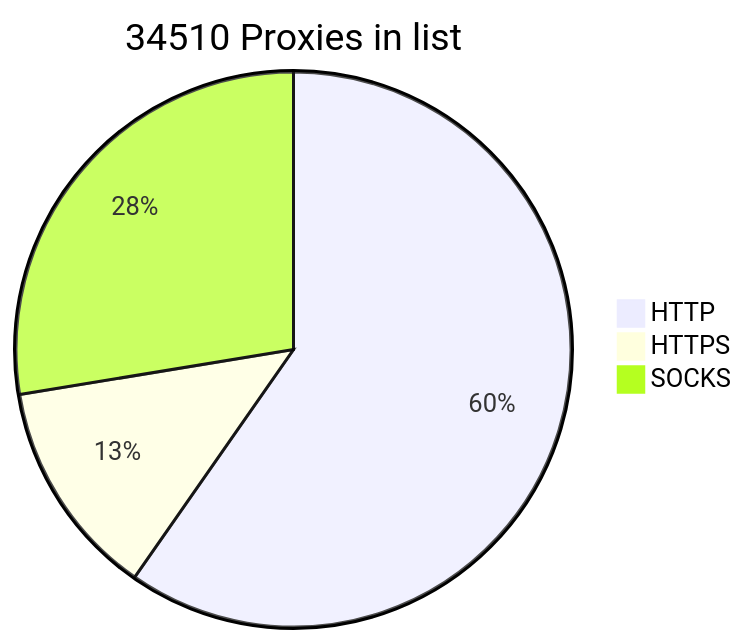
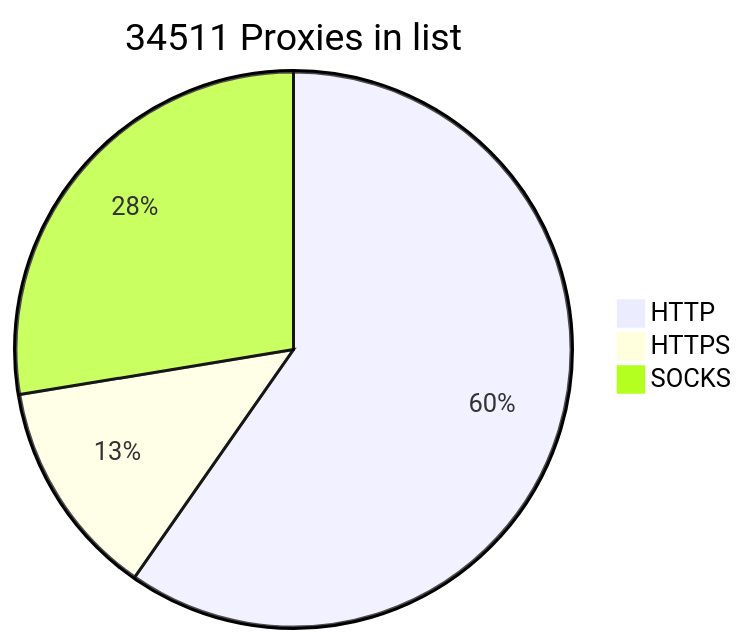
The diagram in README.md (BlackSnowDot/proxylist-update-every-minute), drawn with Mermaid before and after one commit.

````diff
--- a/README.md
+++ b/README.md
@@ -2,6 +2,6 @@
 ```mermaid
-pie title 34510 Proxies in list
+pie title 34511 Proxies in list
     "HTTP" : 22847
     "HTTPS": 4864
-    "SOCKS" : 10562
+    "SOCKS" : 10563
 ```
````
